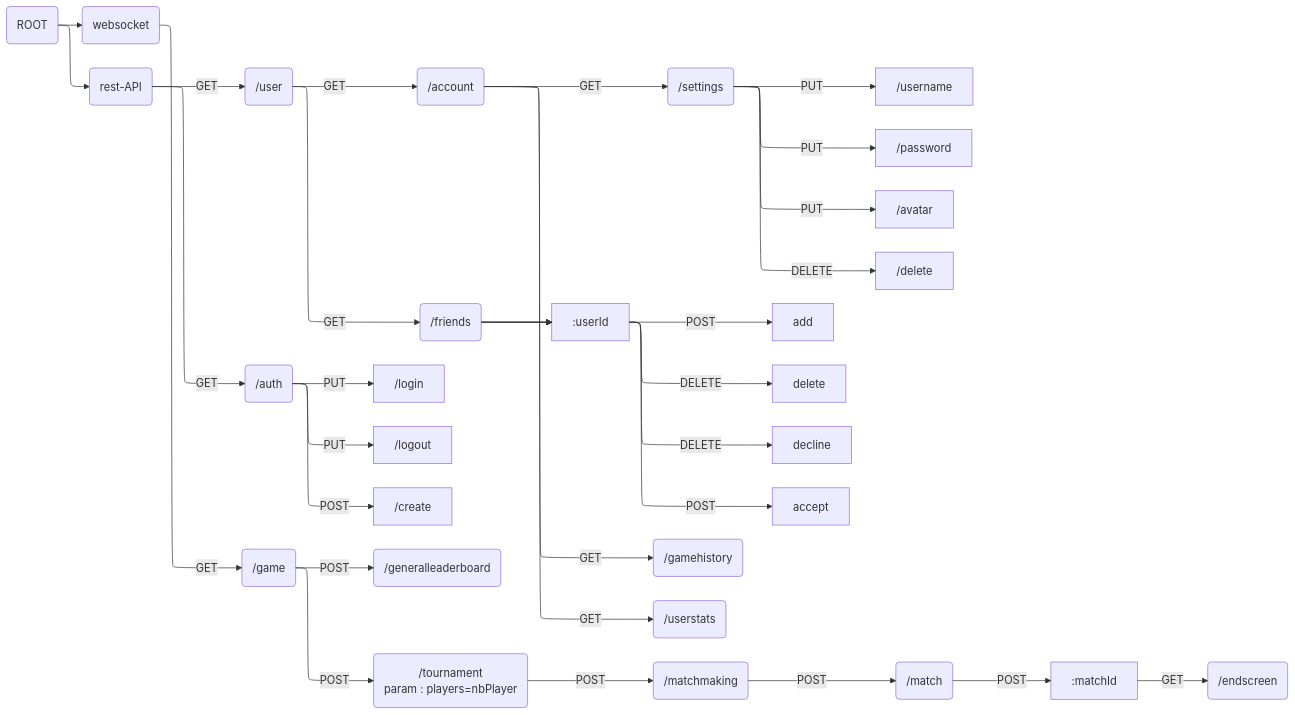
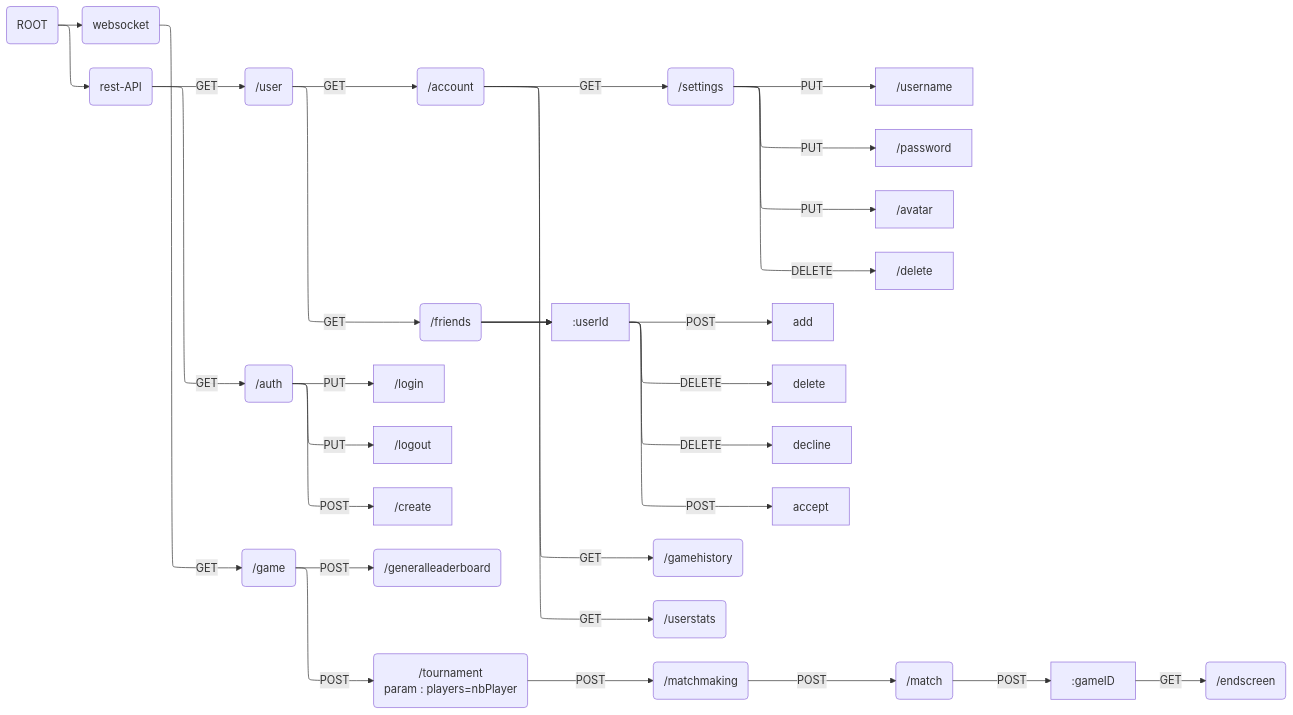
The diagram in .doc/api-map.md (cdomet-d/transcendence), drawn with Mermaid before and after one commit. The commit also changed 10 other files, not shown here.

Commit message:
chore: replaced every 'match' by 'game' 	(english != french)

````diff
--- a/.doc/api-map.md
+++ b/.doc/api-map.md
@@ -3,64 +3,64 @@
 ```mermaid
 ---
 config:
   layout: elk
   elk:
     mergeEdges: true
     nodePlacementStrategy: BRANDES_KOEPF
 ---
 graph LR;
 
 root("ROOT")
 websocket("websocket")
 rest("rest-API")
 
 %% REST 
 user("/user")
 account("/account")
 friends("/friends")
 auth("/auth")
 
 root --> websocket
 root --> rest
 
 rest -- GET --> auth
 auth -- PUT --> /login
 auth -- PUT --> /logout
 auth -- POST --> /create
 
 settings("/settings")
 gamehistory("/gamehistory")
 userstats("/userstats")
 
 rest -- GET --> user
 user -- GET --> account
 user -- GET --> friends
 account -- GET --> settings
 account -- GET --> gamehistory
 account -- GET --> userstats
 
 settings -- PUT --> /username
 settings -- PUT --> /password
 settings -- PUT --> /avatar
 settings -- DELETE --> /delete
 
 friends --> :userId -- POST --> add
 friends --> :userId -- DELETE --> delete
 friends --> :userId -- DELETE --> decline
 friends --> :userId -- POST --> accept
 
 %% websockets
 game("/game")
 generalleaderboard("/generalleaderboard")
 
 tournament(/tournament<br>param : players=nbPlayer)
 matchmaking(/matchmaking)
 match(/match)
 endGame(/endscreen)
 websocket -- GET --> game
 
 game -- POST --> generalleaderboard
 game -- POST --> tournament -- POST --> matchmaking
 matchmaking -- POST --> match -- POST --> 
-:matchId -- GET --> endGame
+:gameID -- GET --> endGame
 ```
````
